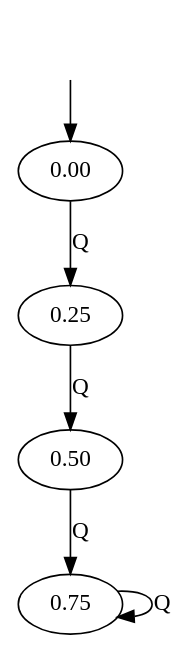
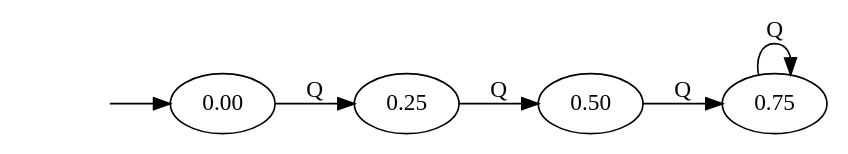
One commit to atu-se/atu.innomadic.com changed the first of 6 diagrams in courses/flat/lectures/lecture1.md. Above: the diagram before and after it, drawn with Graphviz. The commit also changed other lines of this file and 7 other files, not shown here.

````diff
--- a/courses/flat/lectures/lecture1.md
+++ b/courses/flat/lectures/lecture1.md
@@ -107,10 +116,11 @@
 ```dot 
 digraph G{
+    rankdir="LR"
     null [label= "", shape=none]
     null -> 0.00
     0.00 -> 0.25 [label="Q"]
     0.25 -> 0.50 [label="Q"]
     0.50 -> 0.75 [label="Q"]
     0.75 -> 0.75 [label="Q"]
 }
 ```
````
